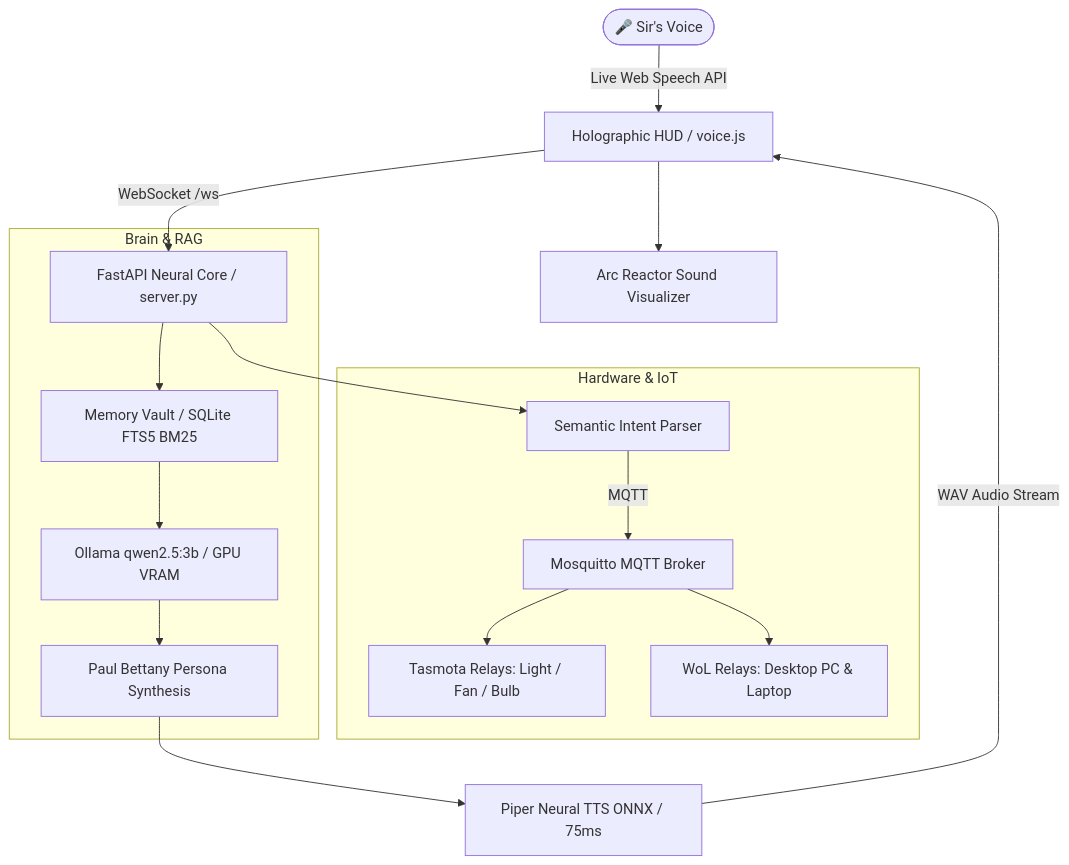
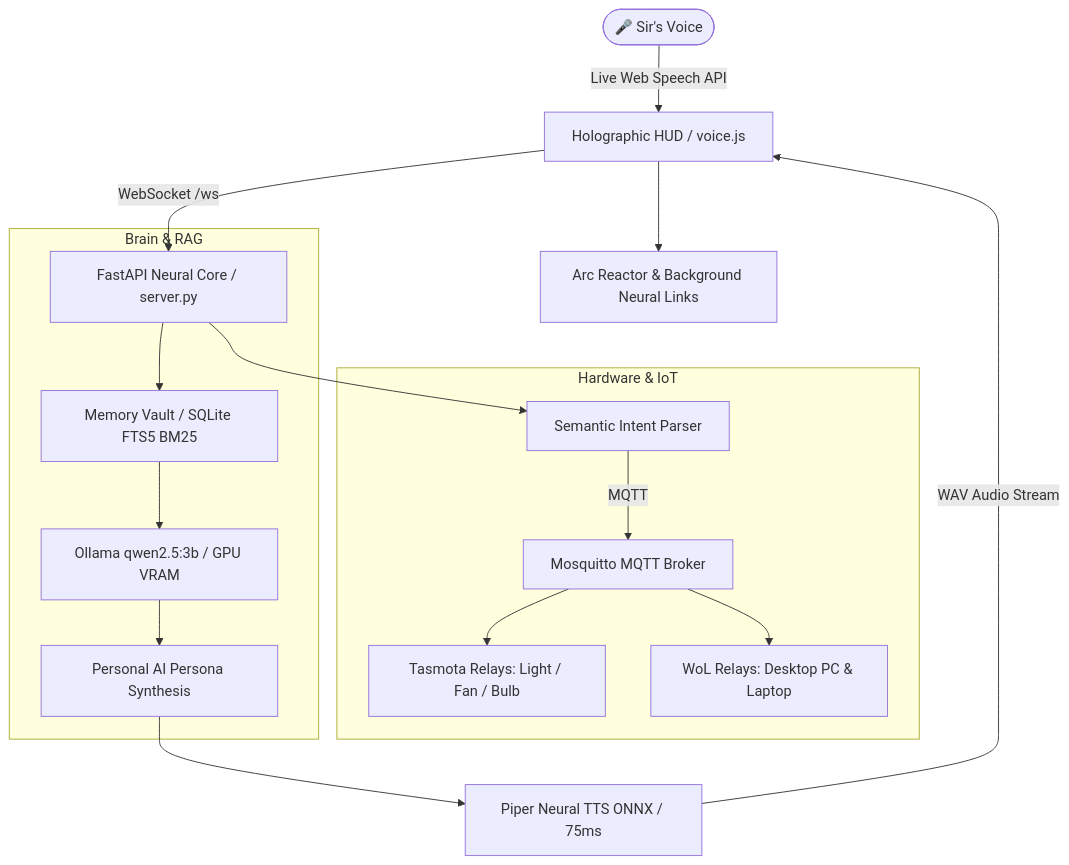
Before and after one commit to rishalsha/Jarvis: the diagram in README.md, drawn with Mermaid. The commit also changed other lines of this file and 8 other files, not shown here.

````diff
--- a/README.md
+++ b/README.md
@@ -63,22 +64,22 @@
 ```mermaid
 flowchart TD
     User([🎤 Sir's Voice]) -->|Live Web Speech API| HUD[Holographic HUD / voice.js]
     HUD -->|WebSocket /ws| Server[FastAPI Neural Core / server.py]
     Server --> Parser[Semantic Intent Parser]
     
     subgraph Hardware & IoT
         Parser -->|MQTT| Broker[Mosquitto MQTT Broker]
         Broker --> Tasmota[Tasmota Relays: Light / Fan / Bulb]
         Broker --> WoL[WoL Relays: Desktop PC & Laptop]
     end
     
     subgraph Brain & RAG
         Server --> RAG[Memory Vault / SQLite FTS5 BM25]
         RAG --> LLM[Ollama qwen2.5:3b / GPU VRAM]
-        LLM --> Persona[Paul Bettany Persona Synthesis]
+        LLM --> Persona[Personal AI Persona Synthesis]
     end
     
     Persona --> TTS[Piper Neural TTS ONNX / 75ms]
     TTS -->|WAV Audio Stream| HUD
-    HUD --> Visualizer[Arc Reactor Sound Visualizer]
+    HUD --> Visualizer[Arc Reactor & Background Neural Links]
 ```
````
